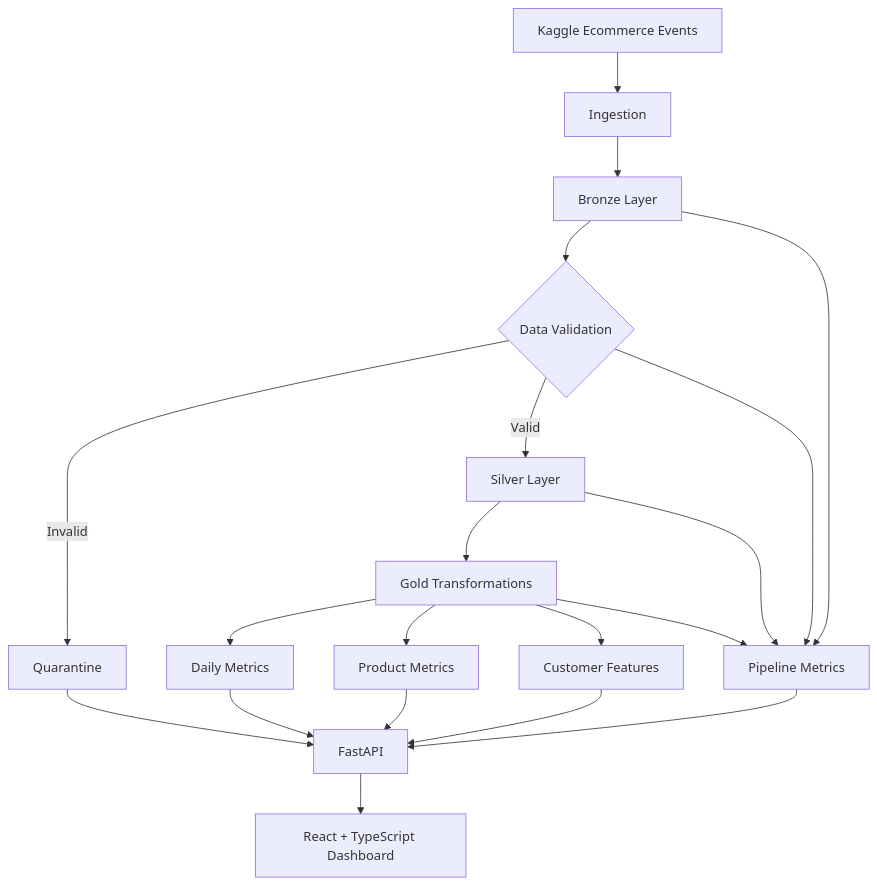
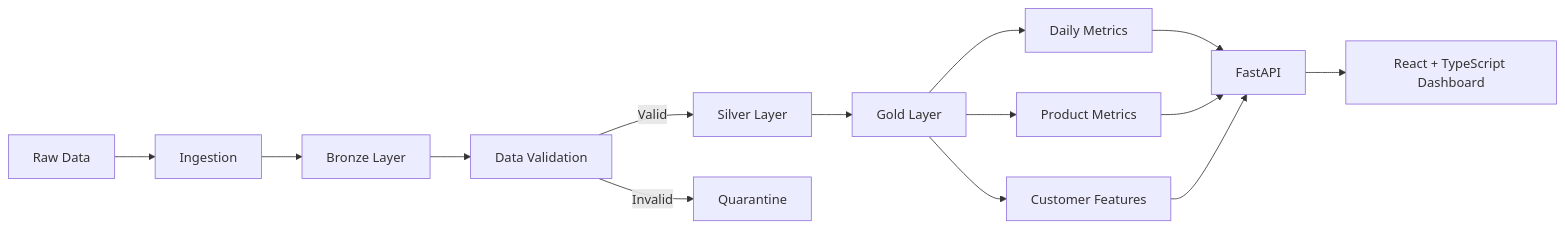
One commit to alymkarim/dataforge changed the diagram in README.md. Above: the diagram before and after it, drawn with Mermaid.

Commit message:
readme changes

````diff
--- a/README.md
+++ b/README.md
@@ -79,30 +79,21 @@
 ```mermaid
-flowchart TD
-    A[Kaggle Ecommerce Events] --> B[Ingestion]
+flowchart LR
+    A[Raw Data] --> B[Ingestion]
+    B --> C[Bronze Layer]
+    C --> D[Data Validation]
 
-    B --> C[Bronze Layer]
+    D -->|Valid| E[Silver Layer]
+    D -->|Invalid| Q[Quarantine]
 
-    C --> D{Data Validation}
-
-    D -->|Invalid| Q[Quarantine]
-    D -->|Valid| E[Silver Layer]
-
-    E --> F[Gold Transformations]
+    E --> F[Gold Layer]
 
     F --> G[Daily Metrics]
     F --> H[Product Metrics]
     F --> I[Customer Features]
 
-    C --> M[Pipeline Metrics]
-    D --> M
-    E --> M
-    F --> M
+    G --> J[FastAPI]
+    H --> J
+    I --> J
 
-    G --> API[FastAPI]
-    H --> API
-    I --> API
-    M --> API
-    Q --> API
-
-    API --> UI[React + TypeScript Dashboard]
+    J --> K[React + TypeScript Dashboard]
 ```
````
